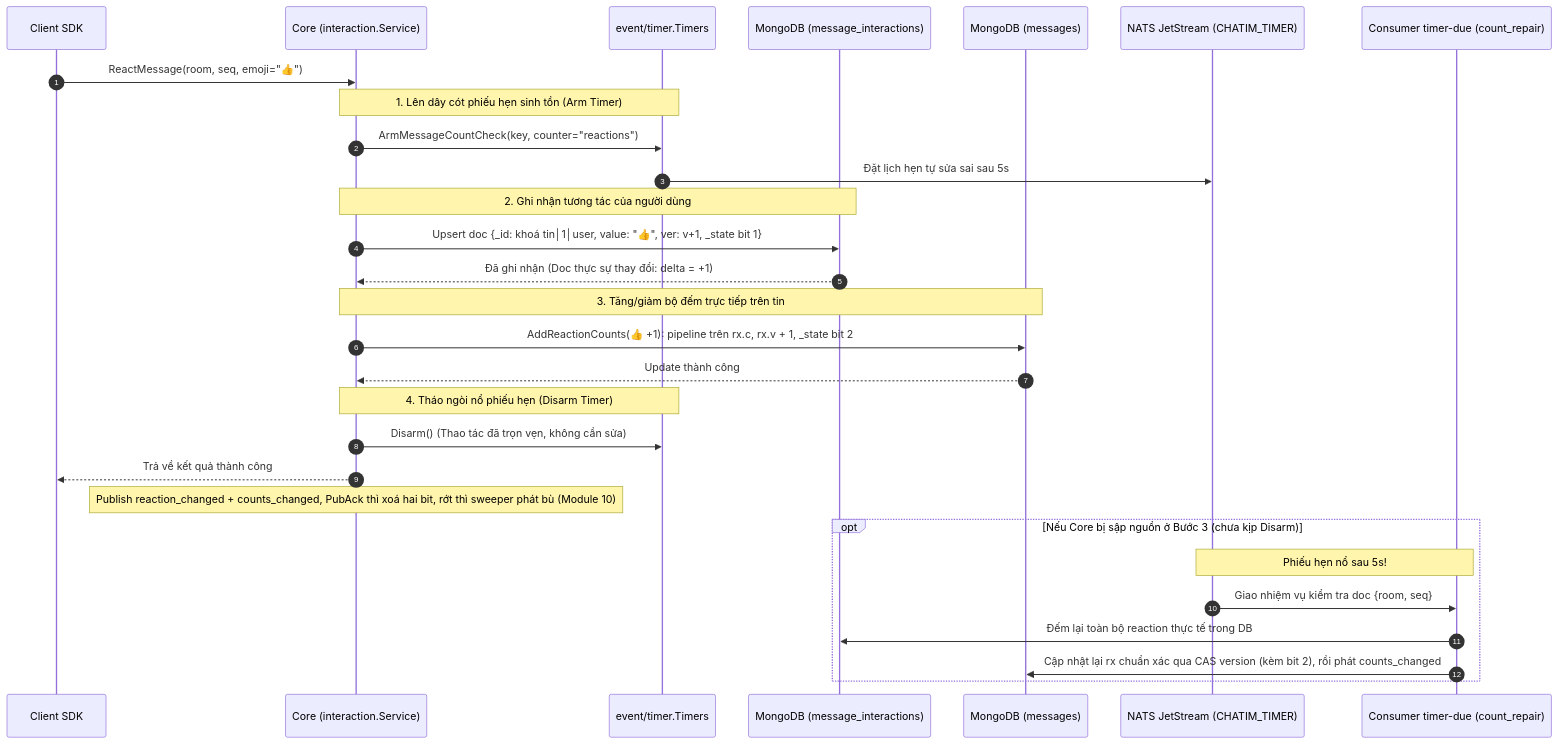
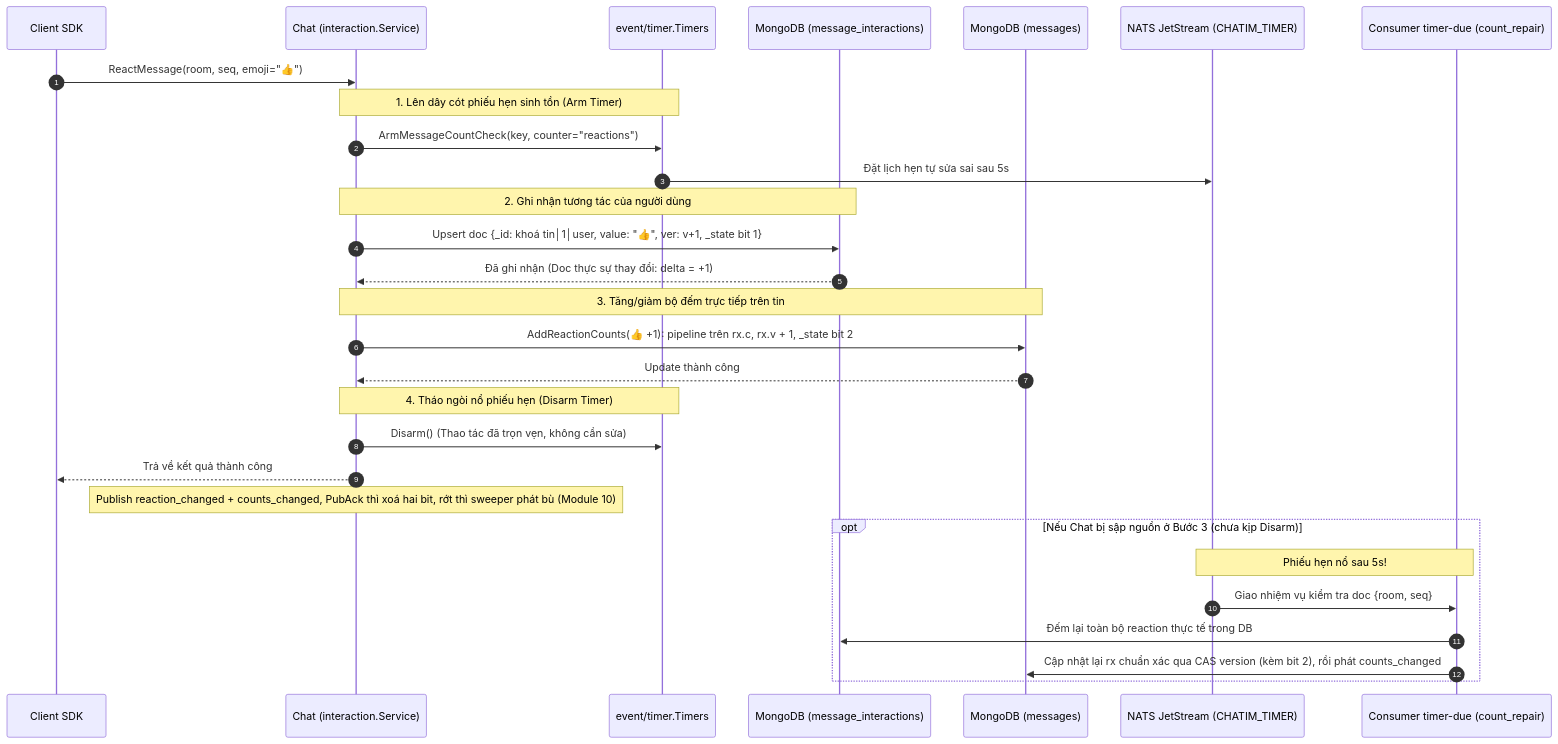
Before and after one commit to ivannguyendev/chatim: the second of 3 diagrams in docs/modules/04-feature-reactions-pins-and-bookmarks.md, drawn with Mermaid. The commit also changed other lines of this file and 332 other files, not shown here.

````diff
--- a/docs/modules/04-feature-reactions-pins-and-bookmarks.md
+++ b/docs/modules/04-feature-reactions-pins-and-bookmarks.md
@@ -54,38 +54,38 @@
 ```mermaid
 sequenceDiagram
     autonumber
     participant Client as Client SDK
-    participant Core as Core (interaction.Service)
+    participant Chat as Chat (interaction.Service)
     participant Timers as event/timer.Timers
     participant Inter as MongoDB (message_interactions)
     participant Msgs as MongoDB (messages)
     participant WorkQ as NATS JetStream (CHATIM_TIMER)
     participant Worker as Consumer timer-due (count_repair)
 
-    Client->>Core: ReactMessage(room, seq, emoji="👍")
+    Client->>Chat: ReactMessage(room, seq, emoji="👍")
 
-    Note over Core,Timers: 1. Lên dây cót phiếu hẹn sinh tồn (Arm Timer)
-    Core->>Timers: ArmMessageCountCheck(key, counter="reactions")
+    Note over Chat,Timers: 1. Lên dây cót phiếu hẹn sinh tồn (Arm Timer)
+    Chat->>Timers: ArmMessageCountCheck(key, counter="reactions")
     Timers->>WorkQ: Đặt lịch hẹn tự sửa sai sau 5s
 
-    Note over Core,Inter: 2. Ghi nhận tương tác của người dùng
-    Core->>Inter: Upsert doc {_id: khoá tin│1│user, value: "👍", ver: v+1, _state bit 1}
-    Inter-->>Core: Đã ghi nhận (Doc thực sự thay đổi: delta = +1)
+    Note over Chat,Inter: 2. Ghi nhận tương tác của người dùng
+    Chat->>Inter: Upsert doc {_id: khoá tin│1│user, value: "👍", ver: v+1, _state bit 1}
+    Inter-->>Chat: Đã ghi nhận (Doc thực sự thay đổi: delta = +1)
 
-    Note over Core,Msgs: 3. Tăng/giảm bộ đếm trực tiếp trên tin
-    Core->>Msgs: AddReactionCounts(👍 +1): pipeline trên rx.c, rx.v + 1, _state bit 2
-    Msgs-->>Core: Update thành công
+    Note over Chat,Msgs: 3. Tăng/giảm bộ đếm trực tiếp trên tin
+    Chat->>Msgs: AddReactionCounts(👍 +1): pipeline trên rx.c, rx.v + 1, _state bit 2
+    Msgs-->>Chat: Update thành công
 
-    Note over Core,Timers: 4. Tháo ngòi nổ phiếu hẹn (Disarm Timer)
-    Core->>Timers: Disarm() (Thao tác đã trọn vẹn, không cần sửa)
+    Note over Chat,Timers: 4. Tháo ngòi nổ phiếu hẹn (Disarm Timer)
+    Chat->>Timers: Disarm() (Thao tác đã trọn vẹn, không cần sửa)
 
-    Core-->>Client: Trả về kết quả thành công
-    Note over Core: Publish reaction_changed + counts_changed, PubAck thì xoá hai bit, rớt thì sweeper phát bù (Module 10)
+    Chat-->>Client: Trả về kết quả thành công
+    Note over Chat: Publish reaction_changed + counts_changed, PubAck thì xoá hai bit, rớt thì sweeper phát bù (Module 10)
 
-    opt Nếu Core bị sập nguồn ở Bước 3 (chưa kịp Disarm)
+    opt Nếu Chat bị sập nguồn ở Bước 3 (chưa kịp Disarm)
         Note over WorkQ,Worker: Phiếu hẹn nổ sau 5s!
         WorkQ->>Worker: Giao nhiệm vụ kiểm tra doc {room, seq}
         Worker->>Inter: Đếm lại toàn bộ reaction thực tế trong DB
         Worker->>Msgs: Cập nhật lại rx chuẩn xác qua CAS version (kèm bit 2), rồi phát counts_changed
     end
 ```
````
